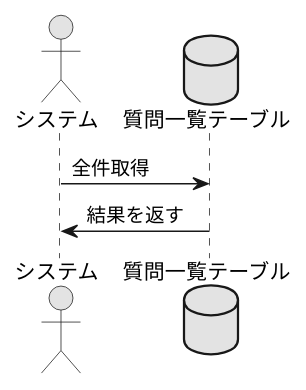
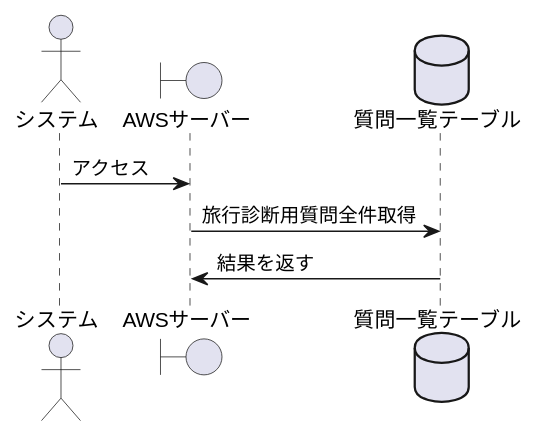
Before and after one commit to teamack20172020/sotukenTest: the diagram in 設計書/シーケンス図/済：システム1：質問一覧をDBから取得する.pu, drawn with PlantUML.

Commit message:
質問一覧をDBから取得するのシーケンス図修正

```diff
--- a/設計書/シーケンス図/済：システム1：質問一覧をDBから取得する.pu
+++ b/設計書/シーケンス図/済：システム1：質問一覧をDBから取得する.pu
@@ -1,11 +1,13 @@
 @startuml
 
-skinparam monochrome true
+actor システム
 
-actor システム
+boundary AWSサーバー
+
 database 質問一覧テーブル as DB
 
-システム -> DB : 全件取得
-システム <- DB : 結果を返す
+システム -> AWSサーバー : アクセス
+AWSサーバー -> DB : 旅行診断用質問全件取得
+AWSサーバー <- DB : 結果を返す
 
 @enduml
```
